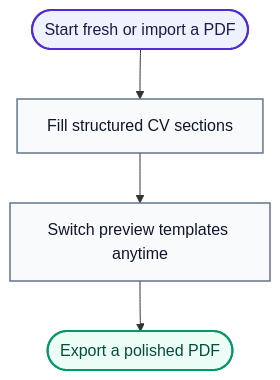
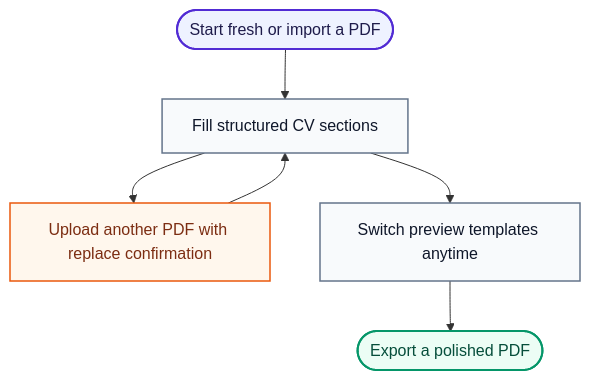
One commit to 01laky/ReVitae changed the diagram in README.md. Above: the diagram before and after it, drawn with Mermaid. The commit also changed other lines of this file and 35 other files, not shown here.

````diff
--- a/README.md
+++ b/README.md
@@ -15,14 +15,17 @@
 ```mermaid
 flowchart TD
     start(["Start fresh or import a PDF"])
     sections["Fill structured CV sections"]
+    replace["Upload another PDF with replace confirmation"]
     templates["Switch preview templates anytime"]
     export(["Export a polished PDF"])
 
     start --> sections --> templates --> export
+    sections --> replace --> sections
 
     style start fill:#eef2ff,stroke:#512BD4,stroke-width:2px,color:#1e1b4b
     style sections fill:#f8fafc,stroke:#64748b,stroke-width:1.5px,color:#0f172a
+    style replace fill:#fff7ed,stroke:#ea580c,stroke-width:1.5px,color:#7c2d12
     style templates fill:#f8fafc,stroke:#64748b,stroke-width:1.5px,color:#0f172a
     style export fill:#ecfdf5,stroke:#059669,stroke-width:2px,color:#064e3b
 ```
````
